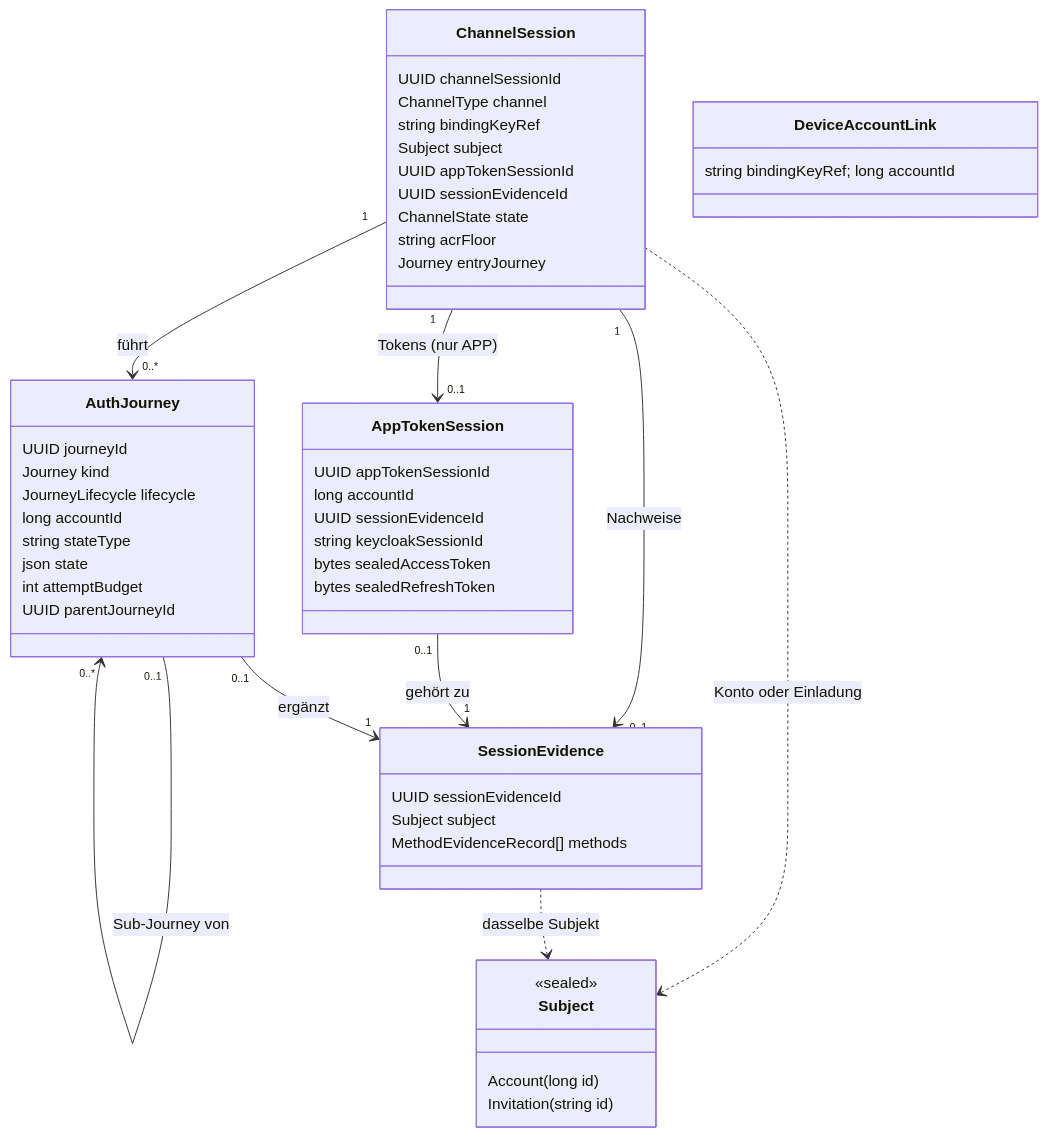
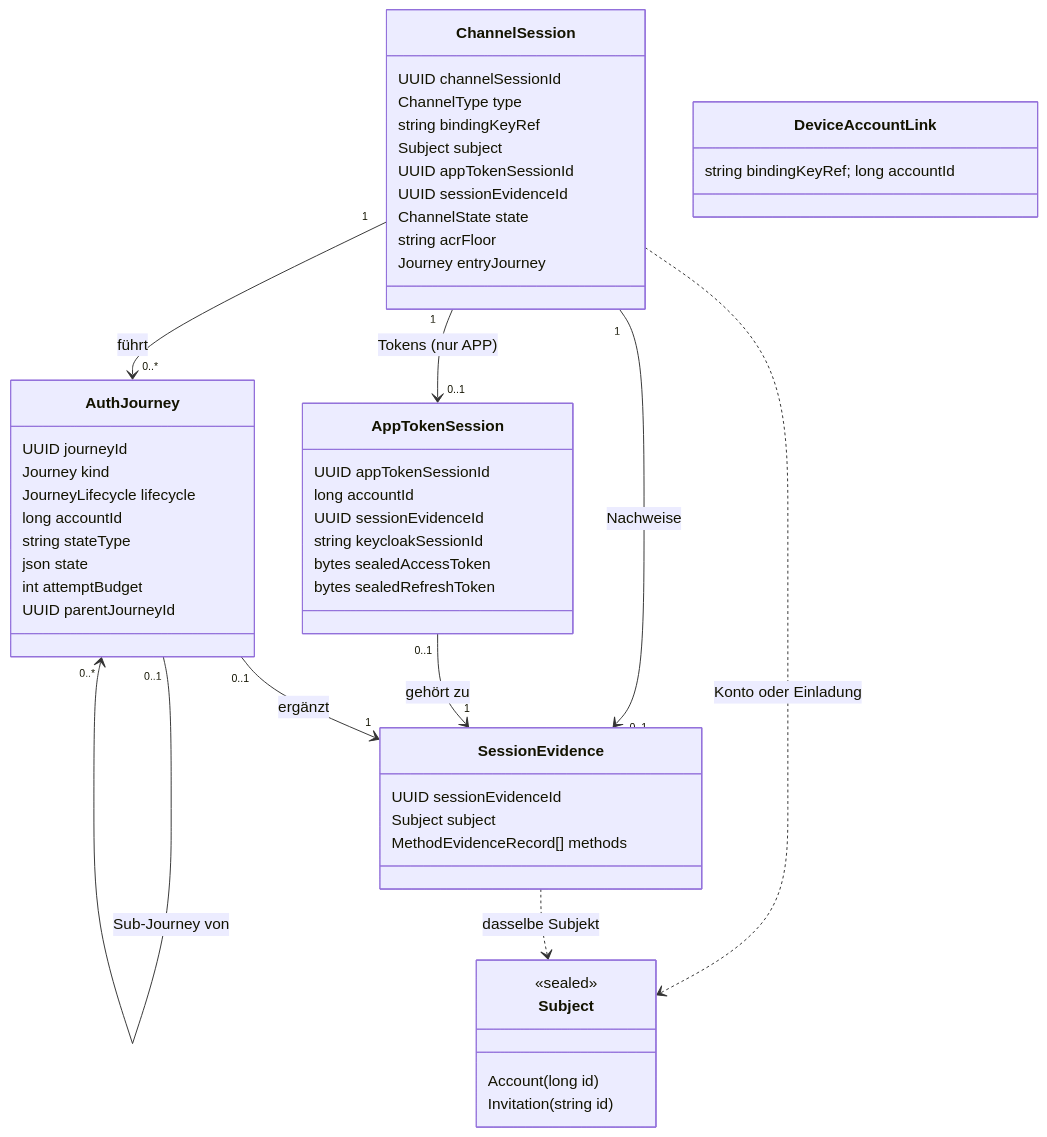
One commit to rpreissel/identity-demo changed the first of 6 diagrams in docs/02-domaenenmodell.md. Above: the diagram before and after it, drawn with Mermaid. The commit also changed 25 other files, not shown here.

````diff
--- a/docs/02-domaenenmodell.md
+++ b/docs/02-domaenenmodell.md
@@ -28,52 +28,52 @@
 ```mermaid
 classDiagram
   class ChannelSession {
     UUID channelSessionId
-    ChannelType channel
+    ChannelType type
     string bindingKeyRef
     Subject subject
     UUID appTokenSessionId
     UUID sessionEvidenceId
     ChannelState state
     string acrFloor
     Journey entryJourney
   }
   class AuthJourney {
     UUID journeyId
     Journey kind
     JourneyLifecycle lifecycle
     long accountId
     string stateType
     json state
     int attemptBudget
     UUID parentJourneyId
   }
   class DeviceAccountLink { string bindingKeyRef; long accountId }
   class SessionEvidence {
     UUID sessionEvidenceId
     Subject subject
     MethodEvidenceRecord[] methods
   }
   class Subject {
     <<sealed>>
     Account(long id)
     Invitation(string id)
   }
   class AppTokenSession {
     UUID appTokenSessionId
     long accountId
     UUID sessionEvidenceId
     string keycloakSessionId
     bytes sealedAccessToken
     bytes sealedRefreshToken
   }
 
   ChannelSession "1" --> "0..*" AuthJourney : führt
   AuthJourney "0..1" --> "0..*" AuthJourney : Sub-Journey von
   ChannelSession "1" --> "0..1" SessionEvidence : Nachweise
   ChannelSession "1" --> "0..1" AppTokenSession : Tokens (nur APP)
   ChannelSession ..> Subject : Konto oder Einladung
   SessionEvidence ..> Subject : dasselbe Subjekt
   AppTokenSession "0..1" --> "1" SessionEvidence : gehört zu
   AuthJourney "0..1" --> "1" SessionEvidence : ergänzt
 ```
````
